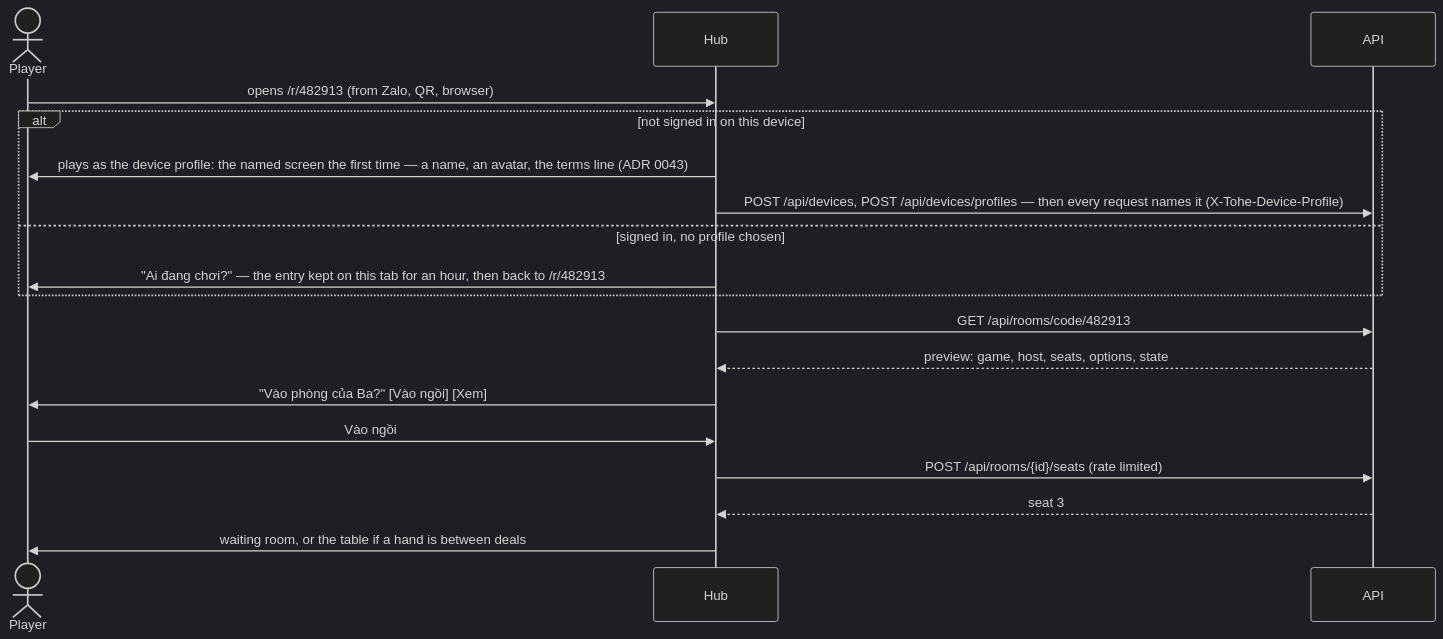
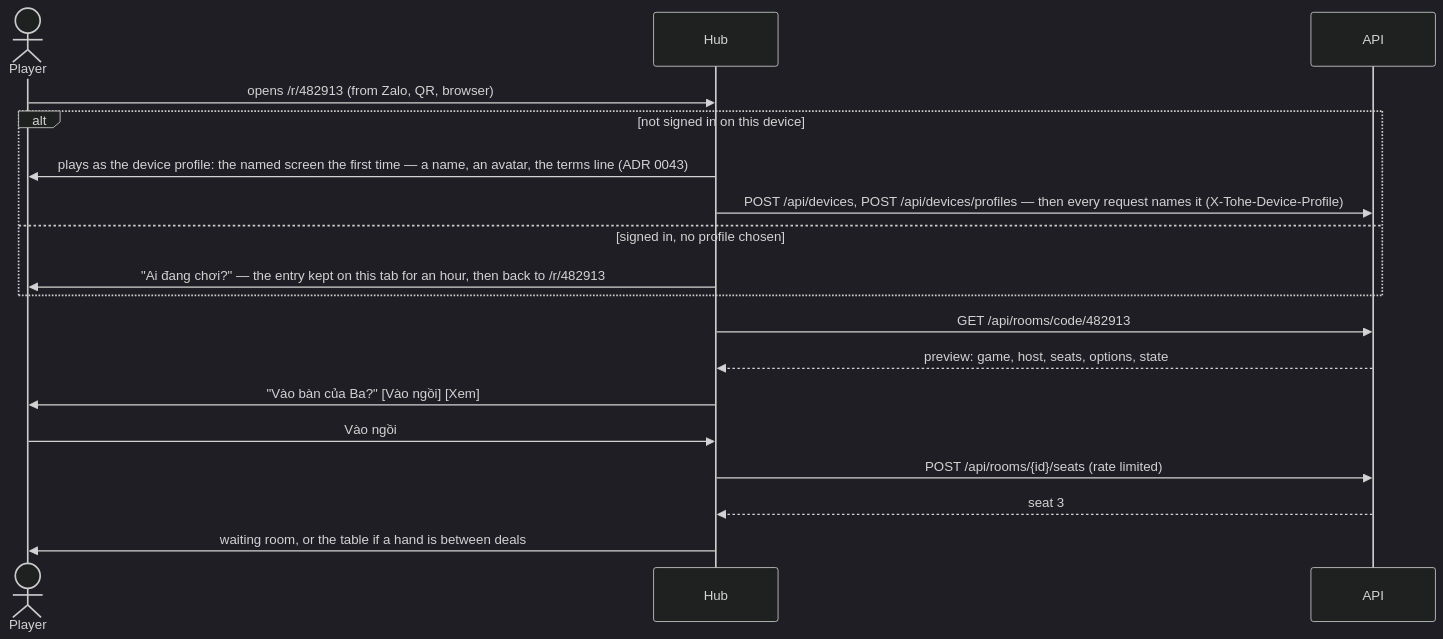
One commit to vinh466/tohe-play changed the second of 3 diagrams in docs/architecture/rooms.md. Above: the diagram before and after it, drawn with Mermaid (dark theme). The commit also changed other lines of this file and 7 other files, not shown here.

````diff
--- a/docs/architecture/rooms.md
+++ b/docs/architecture/rooms.md
@@ -130,21 +130,21 @@
 ```mermaid
 sequenceDiagram
   actor P as Player
   participant H as Hub
   participant API
 
   P->>H: opens /r/482913 (from Zalo, QR, browser)
   alt not signed in on this device
     H->>P: plays as the device profile: the named screen the first time — a name, an avatar, the terms line (ADR 0043)
     H->>API: POST /api/devices, POST /api/devices/profiles — then every request names it (X-Tohe-Device-Profile)
   else signed in, no profile chosen
     H->>P: "Ai đang chơi?" — the entry kept on this tab for an hour, then back to /r/482913
   end
   H->>API: GET /api/rooms/code/482913
   API-->>H: preview: game, host, seats, options, state
-  H->>P: "Vào phòng của Ba?" [Vào ngồi] [Xem]
+  H->>P: "Vào bàn của Ba?" [Vào ngồi] [Xem]
   P->>H: Vào ngồi
   H->>API: POST /api/rooms/{id}/seats (rate limited)
   API-->>H: seat 3
   H->>P: waiting room, or the table if a hand is between deals
 ```
````
